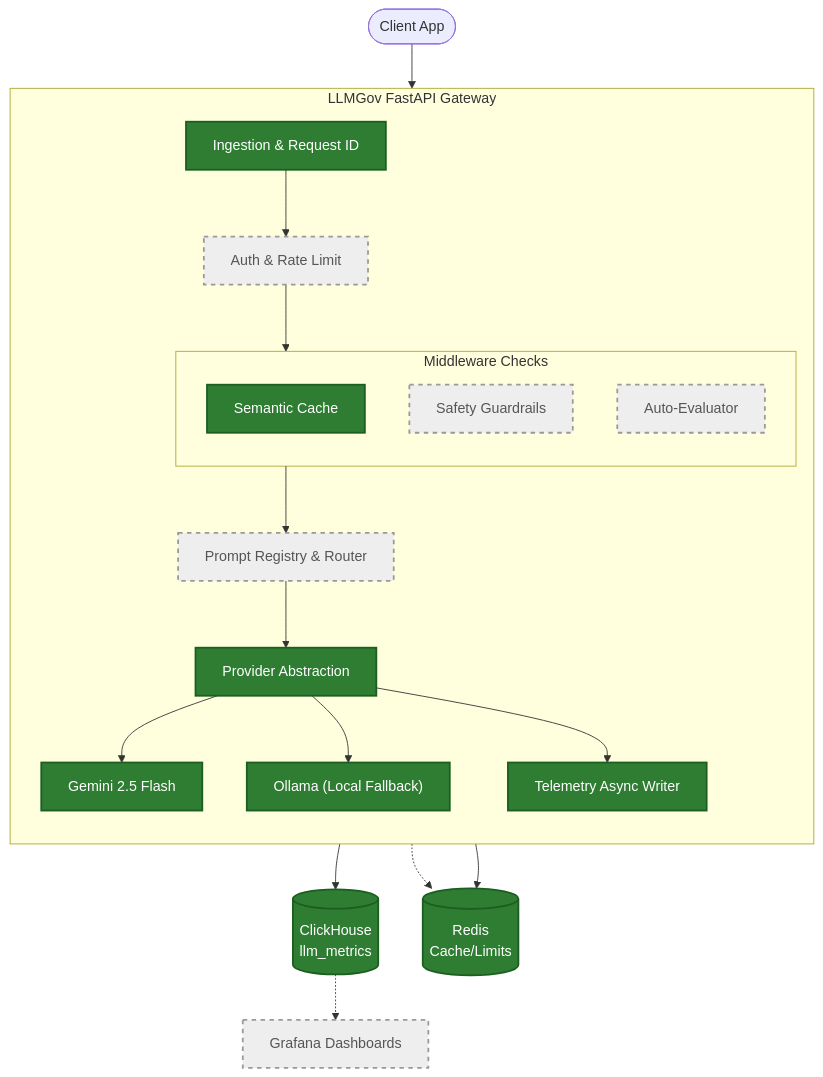
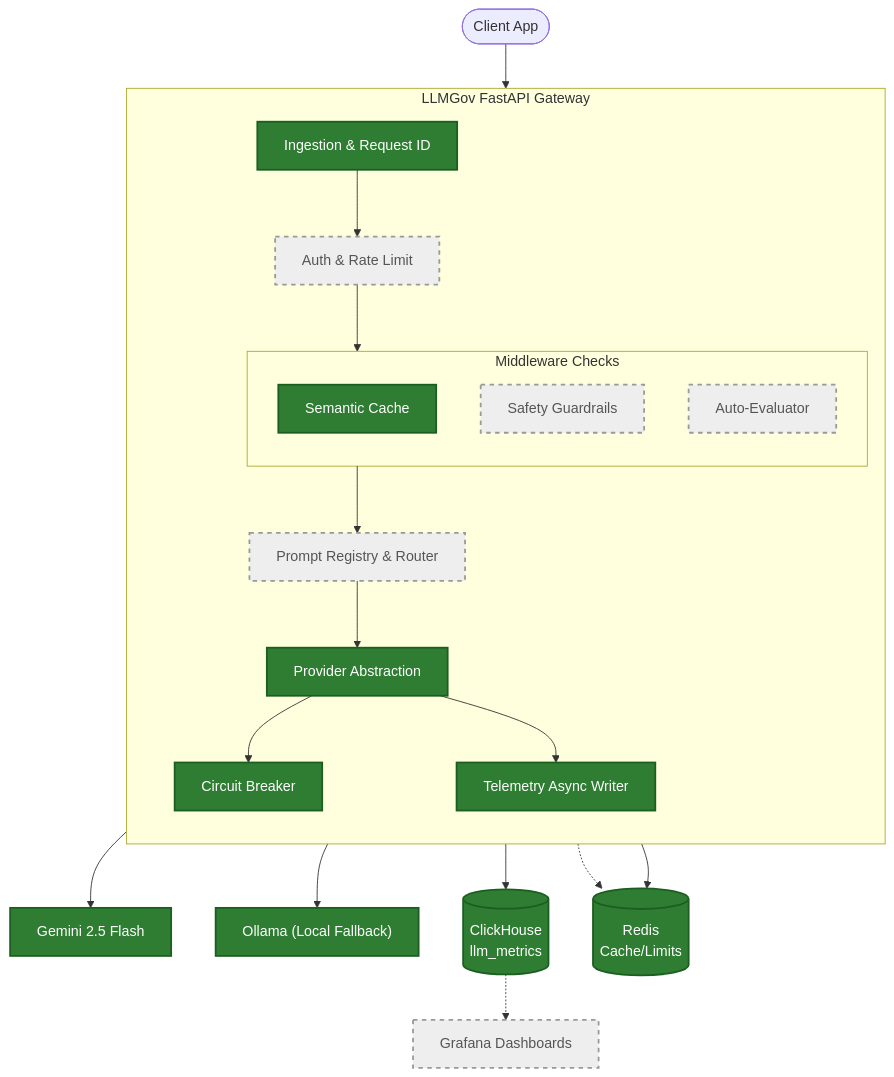
One commit to LeviAckermanZ9/LLMGov changed the diagram in README.md. Above: the diagram before and after it, drawn with Mermaid. The commit also changed other lines of this file, not shown here.

Commit message:
docs: add circuit breaker to architecture diagram, update status note, and replace API completions example

````diff
--- a/README.md
+++ b/README.md
@@ -27,50 +27,52 @@
 ```mermaid
 flowchart TD
     %% Define Styles
     classDef built fill:#2e7d32,stroke:#1b5e20,stroke-width:2px,color:white;
     classDef partial fill:#fb8c00,stroke:#e65100,stroke-width:4px,color:white;
     classDef planned fill:#eeeeee,stroke:#999999,stroke-width:2px,stroke-dasharray: 5 5,color:#555555;
 
     Client(["Client App"]) --> Gateway
     
     subgraph Gateway ["LLMGov FastAPI Gateway"]
         direction TB
         Ingest["Ingestion & Request ID"]:::built
         Auth["Auth & Rate Limit"]:::planned
         
         Ingest --> Auth
         
         subgraph Interceptors ["Middleware Checks"]
             Cache["Semantic Cache"]:::built
             Guard["Safety Guardrails"]:::planned
             Eval["Auto-Evaluator"]:::planned
         end
         
         Auth --> Interceptors
         
         Registry["Prompt Registry & Router"]:::planned
         Interceptors --> Registry
         
         ProviderAbstraction["Provider Abstraction"]:::built
         Registry --> ProviderAbstraction
         
-        ProviderAbstraction --> PrimaryProvider
-        ProviderAbstraction --> FallbackProvider
+        CircuitBreaker["Circuit Breaker"]:::built
+        ProviderAbstraction --> CircuitBreaker
         
         Telemetry["Telemetry Async Writer"]:::built
         ProviderAbstraction --> Telemetry
     end
     
     PrimaryProvider["Gemini 2.5 Flash"]:::built
     FallbackProvider["Ollama (Local Fallback)"]:::built
     
     CH[("ClickHouse\nllm_metrics")]:::built
     Redis[("Redis\nCache/Limits")]:::built
     
+    CircuitBreaker --> PrimaryProvider
+    CircuitBreaker --> FallbackProvider
     Telemetry --> CH
     Auth -.-> Redis
     Cache --> Redis
     
     Grafana["Grafana Dashboards"]:::planned
     CH -.-> Grafana
 ```
````
